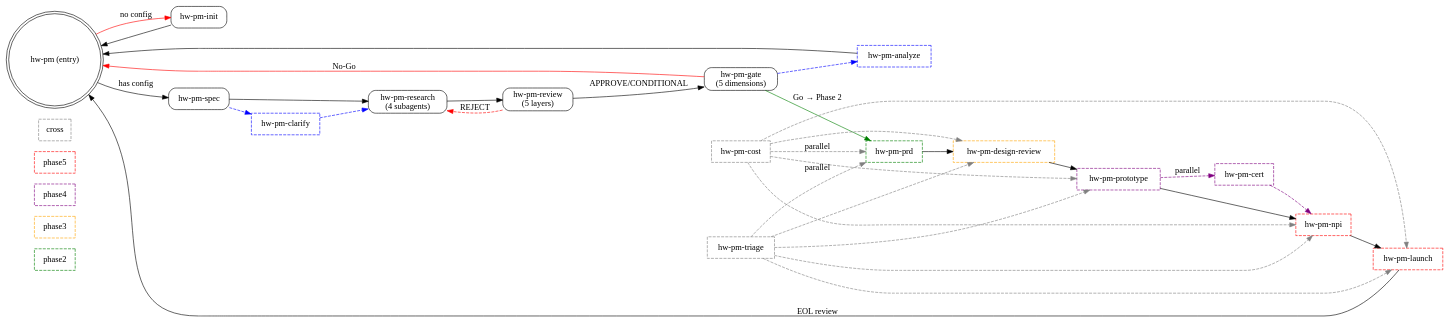
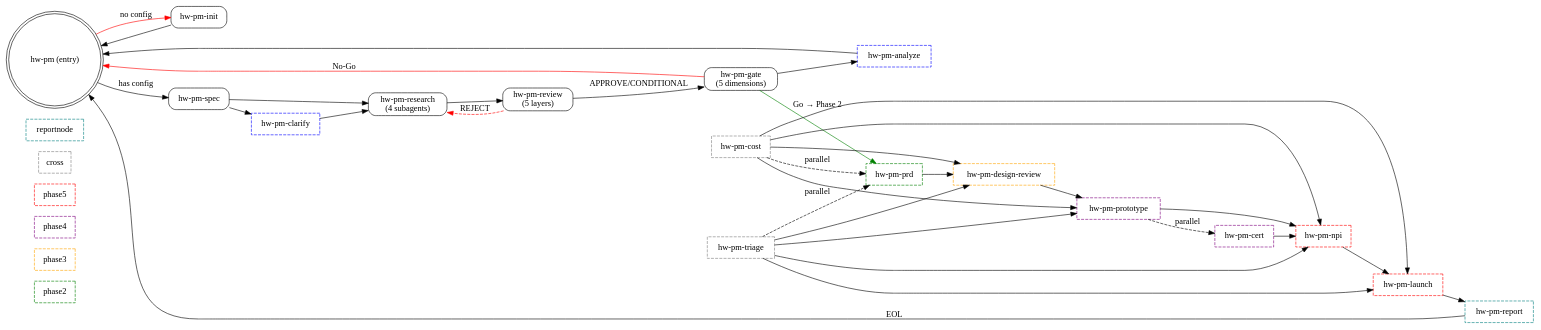
One commit to visioner3d/hw-pm-skills changed the diagram in skills/hw-pm/SKILL.md. Above: the diagram before and after it, drawn with Graphviz. The commit also changed other lines of this file and 1 other file, not shown here.

Commit message:
feat: add hw-pm-report skill for human-readable report consolidation
- New skill consolidates 30+ granular artifacts into 1-5 reports
- Three depth levels: 摘要 (executive_summary.md), 标准 (master_report.md),
  详细 (phase_{1..5}_report.md)
- Always asks user for depth before generating (never defaults)
- Read-only: never modifies original artifacts
- Updated hw-pm to 17-skill system, launch routes to report on EOL
- report also accessible on demand at any phase for interim reviews

````diff
--- a/skills/hw-pm/SKILL.md
+++ b/skills/hw-pm/SKILL.md
@@ -27,60 +27,63 @@
 ```dot
 digraph hw_pm_system {
     rankdir=LR;
     node [shape=box, style=rounded];
     phase2 [style=dashed, color=green];
     phase3 [style=dashed, color=orange];
     phase4 [style=dashed, color=purple];
     phase5 [style=dashed, color=red];
     cross [style=dashed, color=gray];
+    reportnode [style=dashed, color=teal];
 
     entry [label="hw-pm (entry)", shape=doublecircle];
     init [label="hw-pm-init"];
     spec [label="hw-pm-spec"];
     clarify [label="hw-pm-clarify", style=dashed, color=blue];
     research [label="hw-pm-research\n(4 subagents)"];
     review [label="hw-pm-review\n(5 layers)"];
     gate [label="hw-pm-gate\n(5 dimensions)"];
     analyze [label="hw-pm-analyze", style=dashed, color=blue];
 
     prd [label="hw-pm-prd", style=dashed, color=green];
     design [label="hw-pm-design-review", style=dashed, color=orange];
     proto [label="hw-pm-prototype", style=dashed, color=purple];
     cert [label="hw-pm-cert", style=dashed, color=purple];
     npi [label="hw-pm-npi", style=dashed, color=red];
     launch [label="hw-pm-launch", style=dashed, color=red];
     cost [label="hw-pm-cost", style=dashed, color=gray];
     triage [label="hw-pm-triage", style=dashed, color=gray];
+    report [label="hw-pm-report", style=dashed, color=teal];
 
     entry -> init [label="no config", color=red];
     entry -> spec [label="has config"];
     init -> entry;
-    spec -> clarify [style=dashed, color=blue];
-    clarify -> research [style=dashed, color=blue];
+    spec -> clarify;
+    clarify -> research;
     spec -> research;
     research -> review;
     review -> research [label="REJECT", color=red, style=dashed];
     review -> gate [label="APPROVE/CONDITIONAL"];
-    gate -> analyze [style=dashed, color=blue];
+    gate -> analyze;
     gate -> entry [label="No-Go", color=red];
     gate -> prd [label="Go → Phase 2", color=green];
     analyze -> entry;
     prd -> design;
     design -> proto;
     proto -> npi;
     npi -> launch;
-    launch -> entry [label="EOL review"];
-    proto -> cert [style=dashed, color=purple, label="parallel"];
-    cert -> npi [style=dashed, color=purple];
-    cost -> prd [style=dashed, color=gray, label="parallel"];
-    cost -> design [style=dashed, color=gray];
-    cost -> proto [style=dashed, color=gray];
-    cost -> npi [style=dashed, color=gray];
-    cost -> launch [style=dashed, color=gray];
-    triage -> prd [style=dashed, color=gray, label="parallel"];
-    triage -> design [style=dashed, color=gray];
-    triage -> proto [style=dashed, color=gray];
-    triage -> npi [style=dashed, color=gray];
-    triage -> launch [style=dashed, color=gray];
+    launch -> report;
+    report -> entry [label="EOL"];
+    proto -> cert [style=dashed, label="parallel"];
+    cert -> npi;
+    cost -> prd [style=dashed, label="parallel"];
+    cost -> design;
+    cost -> proto;
+    cost -> npi;
+    cost -> launch;
+    triage -> prd [style=dashed, label="parallel"];
+    triage -> design;
+    triage -> proto;
+    triage -> npi;
+    triage -> launch;
 }
 ```
````
